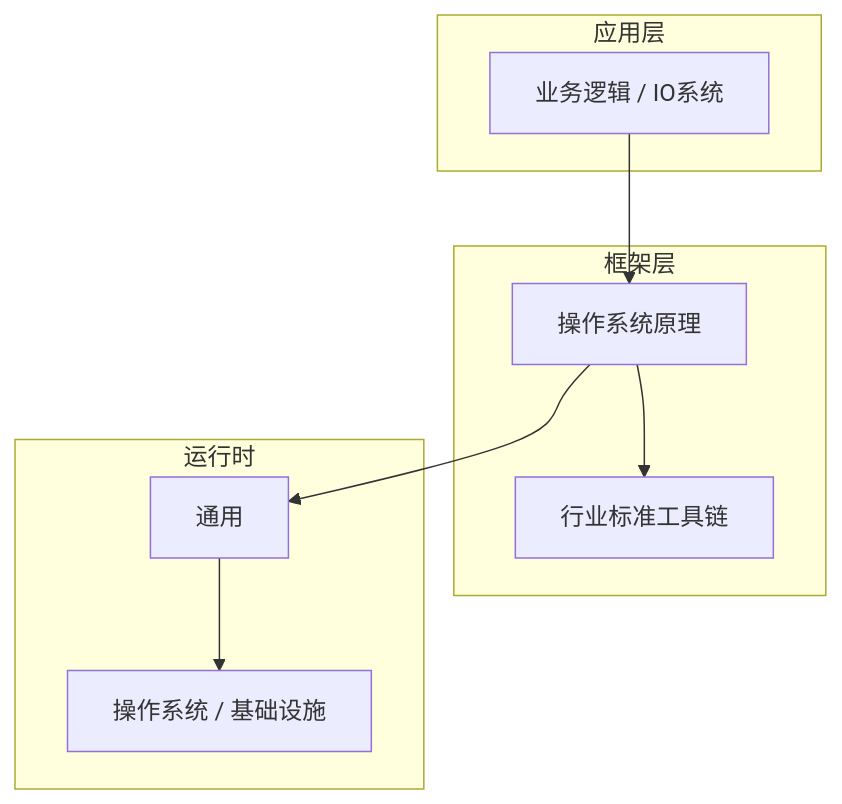
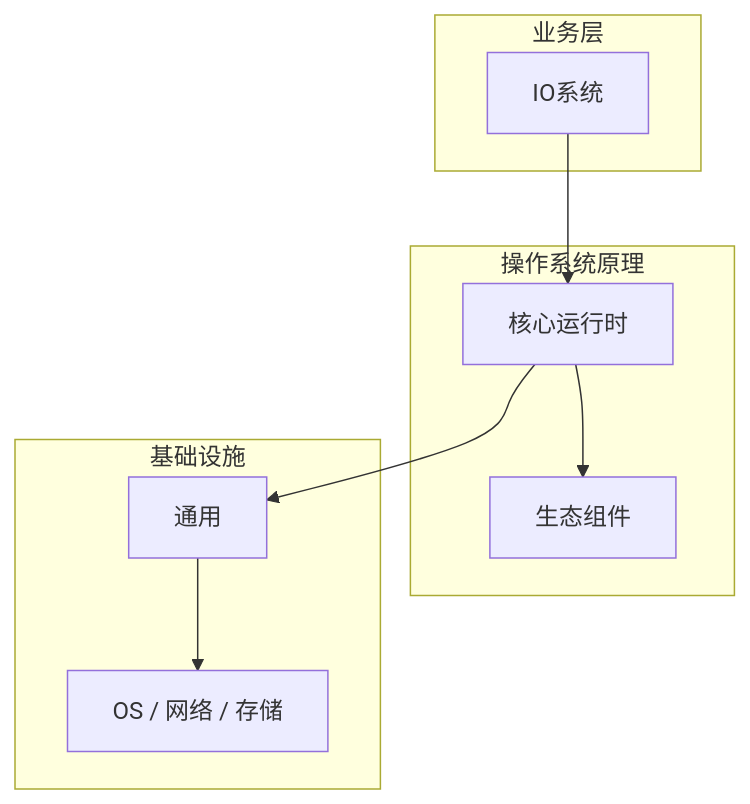
The diagram in articles/操作系统原理/chapters/089-IO系统核心概念与原理.md (yanggan2015/knowledge-json-v2), drawn with Mermaid before and after one commit. The commit also changed other lines of this file and 10127 other files, not shown here.

````diff
--- a/articles/操作系统原理/chapters/089-IO系统核心概念与原理.md
+++ b/articles/操作系统原理/chapters/089-IO系统核心概念与原理.md
@@ -45,18 +34,18 @@
 ```mermaid
 graph TB
-    subgraph 应用层
-        A[业务逻辑 / IO系统]
+    subgraph 业务层
+        A[IO系统]
     end
-    subgraph 框架层
-        B[操作系统原理]
-        C[行业标准工具链]
+    subgraph 操作系统原理
+        B[核心运行时]
+        C[生态组件]
     end
-    subgraph 运行时
+    subgraph 基础设施
         D[通用]
-        E[操作系统 / 基础设施]
+        E[OS / 网络 / 存储]
     end
     A --> B
     B --> C
     B --> D
     D --> E
 ```
````
